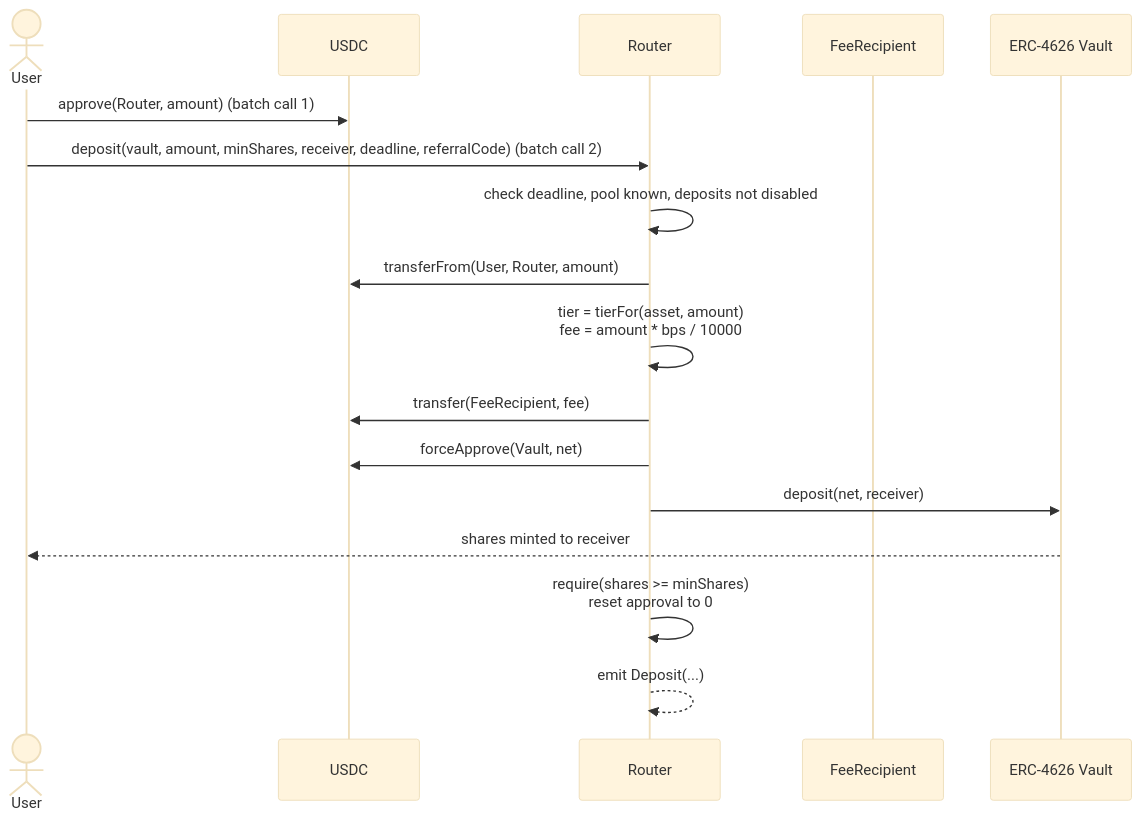
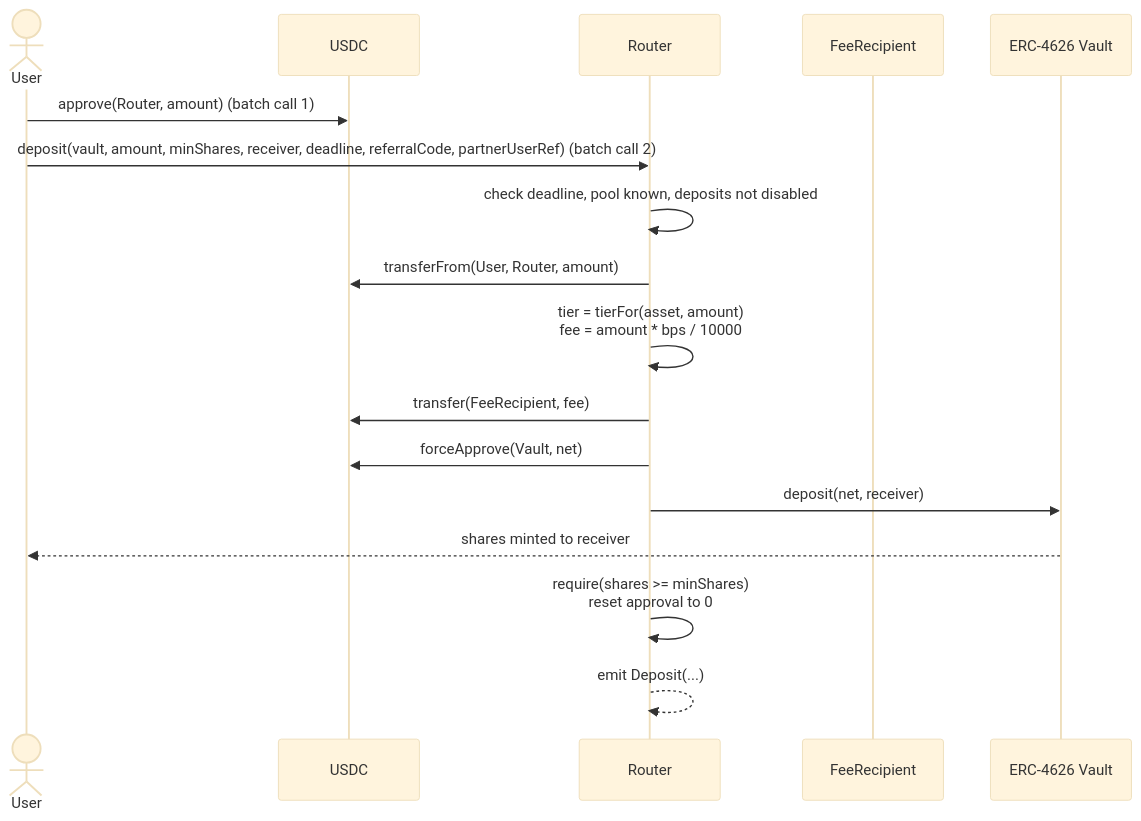
The second of 3 diagrams in docs/architecture-v1.0.md (unodev-core/restake-router-defi), drawn with Mermaid (base theme) before and after one commit. The commit also changed other lines of this file and 17 other files, not shown here.

First line of the commit message:
feat: Update router functions to include user reference parameter

````diff
--- a/docs/architecture-v1.0.md
+++ b/docs/architecture-v1.0.md
@@ -109,20 +109,20 @@
 ```mermaid
 sequenceDiagram
     actor User
     participant USDC
     participant Router
     participant FeeRecipient
     participant Vault as ERC-4626 Vault
 
     User->>USDC: approve(Router, amount)   (batch call 1)
-    User->>Router: deposit(vault, amount, minShares, receiver, deadline, referralCode)   (batch call 2)
+    User->>Router: deposit(vault, amount, minShares, receiver, deadline, referralCode, partnerUserRef)   (batch call 2)
     Router->>Router: check deadline, pool known, deposits not disabled
     Router->>USDC: transferFrom(User, Router, amount)
     Router->>Router: tier = tierFor(asset, amount)<br/>fee = amount * bps / 10000
     Router->>USDC: transfer(FeeRecipient, fee)
     Router->>USDC: forceApprove(Vault, net)
     Router->>Vault: deposit(net, receiver)
     Vault-->>User: shares minted to receiver
     Router->>Router: require(shares >= minShares)<br/>reset approval to 0
     Router-->>Router: emit Deposit(...)
 ```
````
